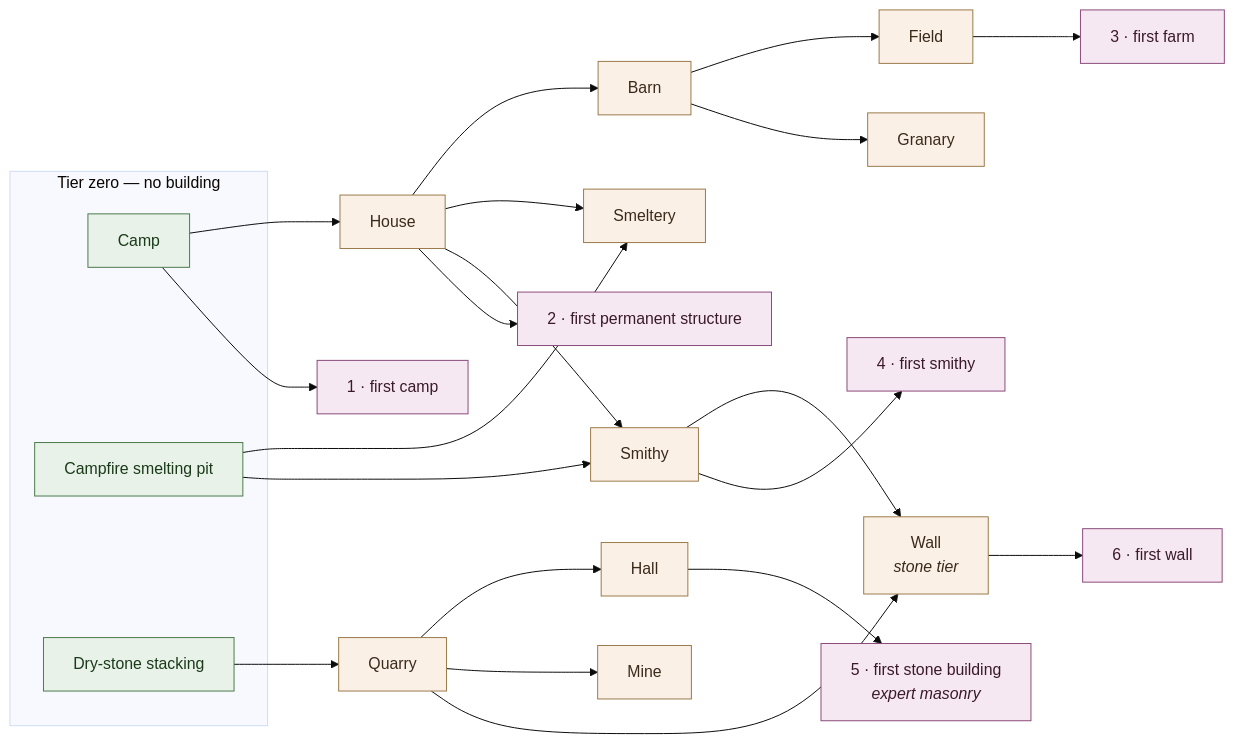
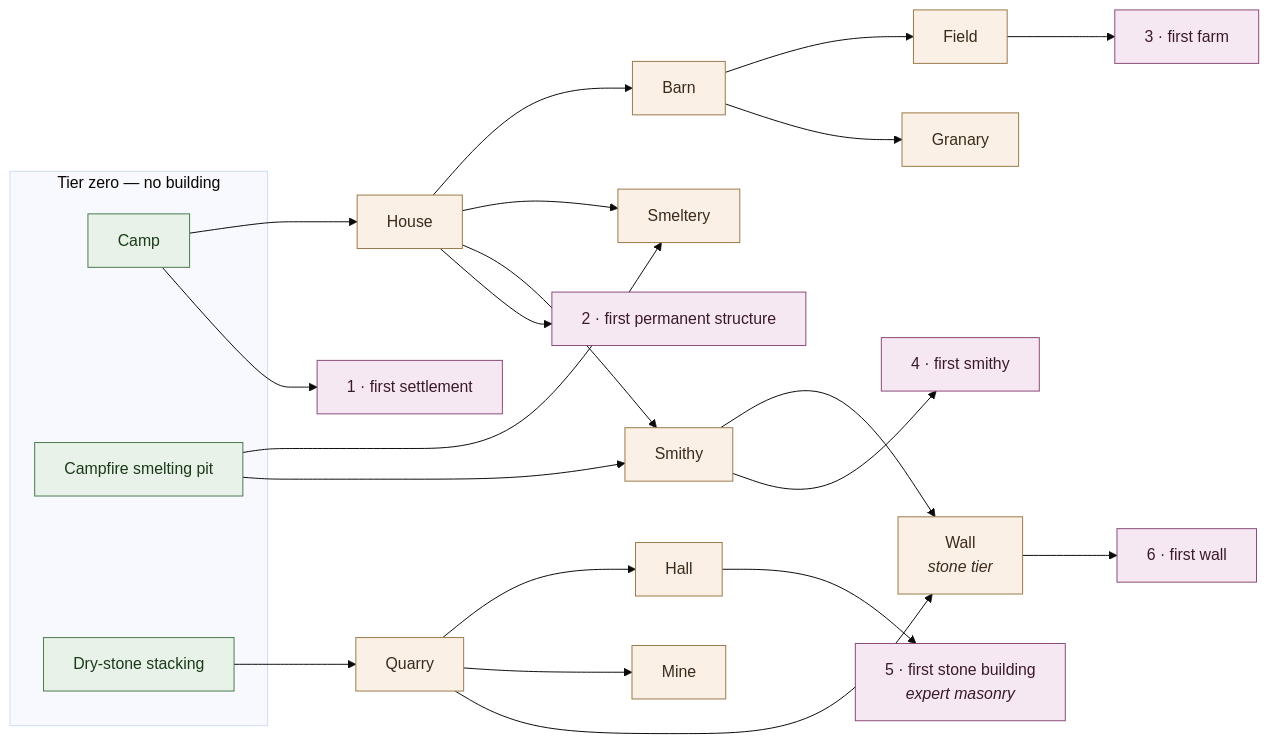
The second of 2 diagrams in docs/design/kingdom-watch-economy-ladder.md (zhollis21/KingdomWatch), drawn with Mermaid (base theme) before and after one commit. The commit also changed other lines of this file and 16 other files, not shown here.

````diff
--- a/docs/design/kingdom-watch-economy-ladder.md
+++ b/docs/design/kingdom-watch-economy-ladder.md
@@ -609,33 +609,33 @@
 ```mermaid
 flowchart LR
   classDef tier0 fill:#e8f2e8,stroke:#4a7a4a,color:#1a3a1a
   classDef bld fill:#faf0e6,stroke:#9a7a4a,color:#3a2a1a
   classDef ms fill:#f6e8f2,stroke:#8a4a7a,color:#3a1a2a
 
   subgraph T0["Tier zero — no building"]
     Camp["Camp"]:::tier0
     Pit["Campfire smelting pit"]:::tier0
     Dry["Dry-stone stacking"]:::tier0
   end
 
   Camp --> House["House"]:::bld
   House --> Barn["Barn"]:::bld
   Barn --> Plot["Field"]:::bld
   Barn --> Granary["Granary"]:::bld
   Dry --> QuarryB["Quarry"]:::bld
   QuarryB --> Hall["Hall"]:::bld
   QuarryB --> MineB["Mine"]:::bld
   Pit --> Smeltery["Smeltery"]:::bld
   House --> Smeltery
   Pit --> Smithy["Smithy"]:::bld
   House --> Smithy
   QuarryB --> Wall["Wall<br/><i>stone tier</i>"]:::bld
   Smithy --> Wall
 
-  Camp --> M1["1 · first camp"]:::ms
+  Camp --> M1["1 · first settlement"]:::ms
   House --> M2["2 · first permanent structure"]:::ms
   Plot --> M3["3 · first farm"]:::ms
   Smithy --> M4["4 · first smithy"]:::ms
   Hall --> M5["5 · first stone building<br/><i>expert masonry</i>"]:::ms
   Wall --> M6["6 · first wall"]:::ms
 ```
````
